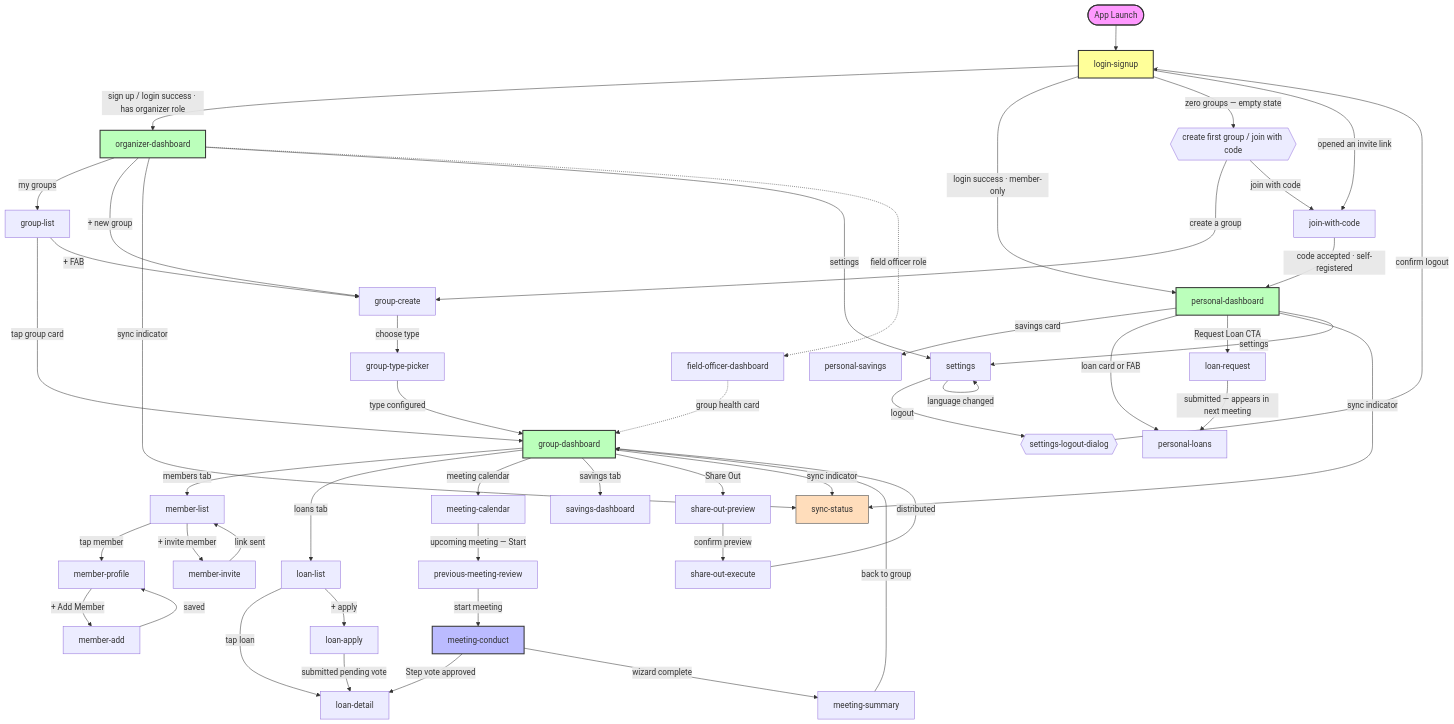
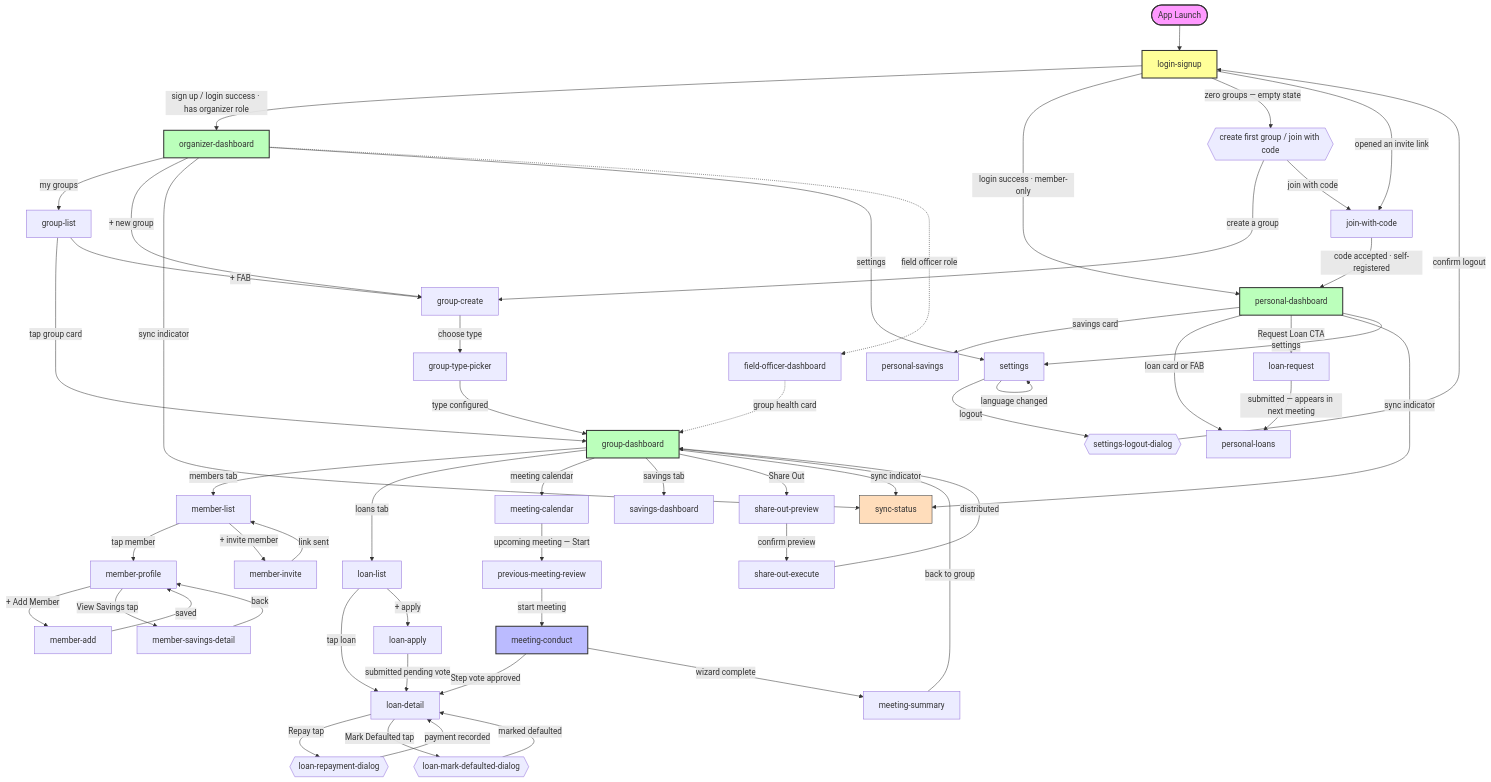
One commit to mobilebytesensei/mifos-x-claude-cycle-workspaces changed the diagram in mifos-x-group-banking/idea-layer/APP_FLOW.mmd. Above: the diagram before and after it, drawn with Mermaid. The commit also changed 303 other files, not shown here.

```diff
--- a/mifos-x-group-banking/idea-layer/APP_FLOW.mmd
+++ b/mifos-x-group-banking/idea-layer/APP_FLOW.mmd
@@ -1,75 +1,81 @@
 %%{init: {'theme': 'default', 'flowchart': {'curve': 'basis'}}}%%
 flowchart TD
     APP([App Launch]) --> LS[login-signup]
 
     %% ─── Unified self-signup — one screen, role auto-resolved per group ───
     LS -->|sign up / login success · has organizer role| OD[organizer-dashboard]
     LS -->|login success · member-only| PD[personal-dashboard]
     LS -->|zero groups — empty state| ZERO{{create first group / join with code}}
     LS -->|opened an invite link| JWC[join-with-code]
     ZERO -->|create a group| GC[group-create]
     ZERO -->|join with code| JWC
     JWC -->|code accepted · self-registered| PD
 
     %% ─── Organizer surface ───────────────────────────────────────────
     OD -->|my groups| GL[group-list]
     OD -->|+ new group| GC
     GL -->|tap group card| GD[group-dashboard]
     GL -->|+ FAB| GC
     GC -->|choose type| GTP[group-type-picker]
     GTP -->|type configured| GD
 
     %% Group-dashboard outgoing navigation
     GD -->|members tab| ML[member-list]
     ML -->|tap member| MP[member-profile]
     ML -->|+ invite member| MI[member-invite]
     MP -->|+ Add Member| MA[member-add]
+    MP -->|View Savings tap| MSD[member-savings-detail]
+    MSD -->|back| MP
     MA -->|saved| MP
     MI -->|link sent| ML
 
     GD -->|loans tab| LL[loan-list]
     LL -->|tap loan| LD[loan-detail]
     LL -->|+ apply| LA[loan-apply]
     LA -->|submitted pending vote| LD
+    LD -->|Repay tap| LRD{{loan-repayment-dialog}}
+    LD -->|Mark Defaulted tap| LMD{{loan-mark-defaulted-dialog}}
+    LRD -->|payment recorded| LD
+    LMD -->|marked defaulted| LD
 
     GD -->|meeting calendar| MC_CAL[meeting-calendar]
     MC_CAL -->|upcoming meeting — Start| PMR[previous-meeting-review]
     PMR -->|start meeting| MC[meeting-conduct]
     MC -->|Step vote approved| LD
     MC -->|wizard complete| MS[meeting-summary]
     MS -->|back to group| GD
 
     GD -->|savings tab| SD[savings-dashboard]
 
     GD -->|Share Out| SOP[share-out-preview]
     SOP -->|confirm preview| SOE[share-out-execute]
     SOE -->|distributed| GD
 
     %% ─── Member surface ──────────────────────────────────────────────
     PD -->|savings card| PS[personal-savings]
     PD -->|loan card or FAB| PL[personal-loans]
     PD -->|Request Loan CTA| LR[loan-request]
     LR -->|submitted — appears in next meeting| PL
 
     %% ─── Platform / shared screens ───────────────────────────────────
     OD -->|sync indicator| SS[sync-status]
     GD -->|sync indicator| SS
     PD -->|sync indicator| SS
     OD -->|settings| SET[settings]
     PD -->|settings| SET
     SET -->|logout| SLD{{settings-logout-dialog}}
     SLD -->|confirm logout| LS
     SET -->|language changed| SET
 
     %% ─── v1.1.0 supervisory tier (dashed, demoted) ───────────────────
     OD -.->|field officer role| FOD[field-officer-dashboard]
     FOD -.->|group health card| GD
 
     %% ─── Style ────────────────────────────────────────────────────────
     style APP fill:#f9f,stroke:#333,stroke-width:2px
     style LS fill:#ff9,stroke:#333,stroke-width:2px
     style OD fill:#bfb,stroke:#333,stroke-width:2px
     style PD fill:#bfb,stroke:#333,stroke-width:2px
     style GD fill:#bfb,stroke:#333,stroke-width:2px
     style MC fill:#bbf,stroke:#333,stroke-width:2px
     style SS fill:#fdb,stroke:#333
```
